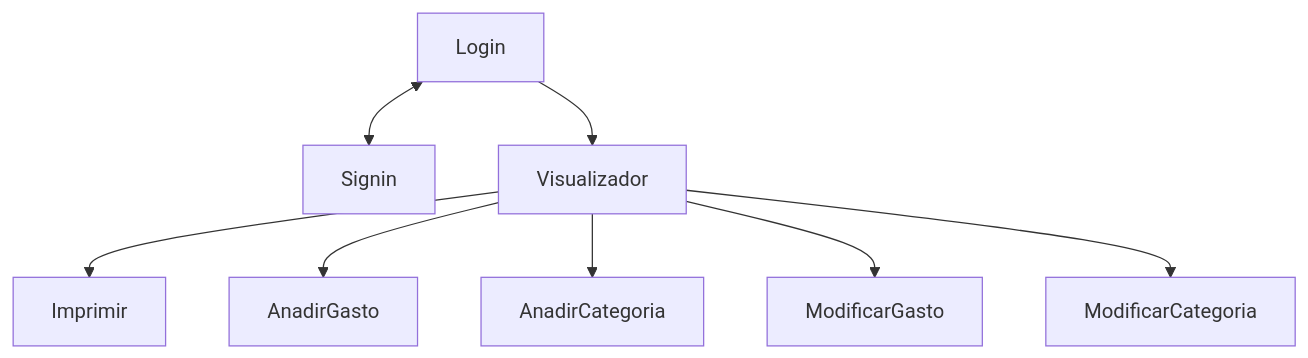
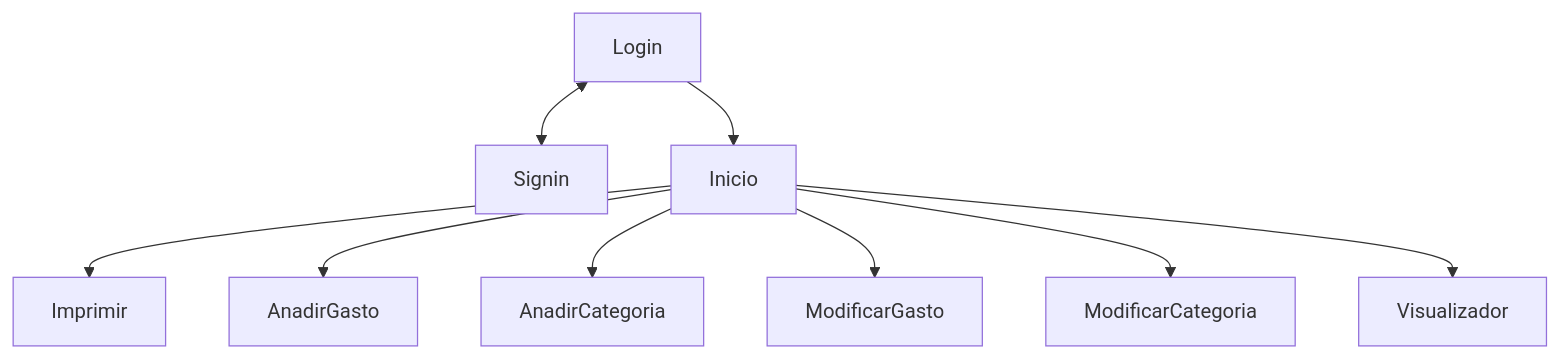
The diagram in README.md (albvalort/proyectoIPC), drawn with Mermaid before and after one commit.

Commit message:
cambio del grafo página de inicio

````diff
--- a/README.md
+++ b/README.md
@@ -38,10 +38,11 @@
 ```mermaid
 graph TD;
     Login <--> Signin;
-    Login --> Visualizador;
-    Visualizador --> Imprimir;
-    Visualizador --> AnadirGasto;
-    Visualizador --> AnadirCategoria;
-    Visualizador --> ModificarGasto;
-    Visualizador --> ModificarCategoria;
+    Login --> Inicio;
+    Inicio --> Imprimir;
+    Inicio --> AnadirGasto;
+    Inicio --> AnadirCategoria;
+    Inicio --> ModificarGasto;
+    Inicio --> ModificarCategoria;
+    Inicio --> Visualizador;
 ```
````
